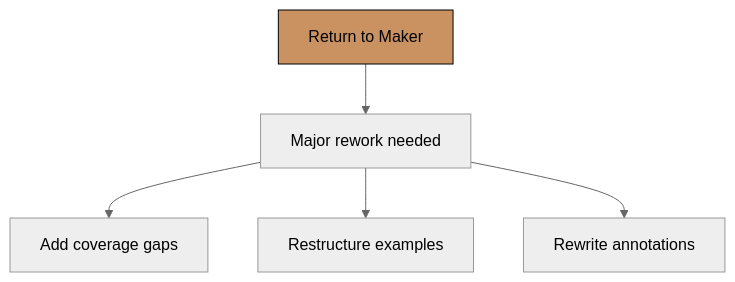
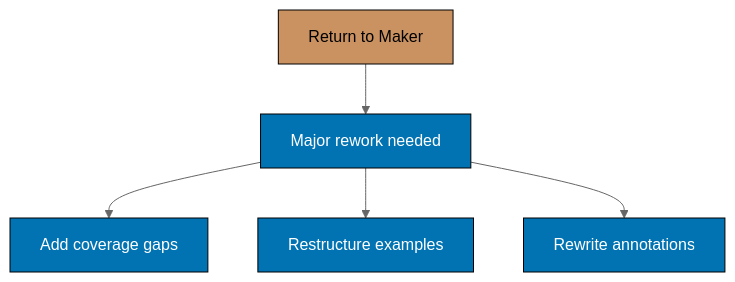
Before and after one commit to wahidyankf/ose-public: the second of 2 diagrams in repo-governance/workflows/ayokoding-web/ayokoding-web-swe-by-example-quality-gate/003-user-review.md, drawn with Mermaid (neutral theme). The commit also changed other lines of this file and 220 other files, not shown here.

First line of the commit message:
docs: split mermaid labels to 20 graphemes and add palette defaults

````diff
--- a/repo-governance/workflows/ayokoding-web/ayokoding-web-swe-by-example-quality-gate/003-user-review.md
+++ b/repo-governance/workflows/ayokoding-web/ayokoding-web-swe-by-example-quality-gate/003-user-review.md
@@ -66,12 +67,13 @@
 ```mermaid
 graph TD
-    accTitle: 3. User Review (Manual Decision Point) (2)
+    accTitle: 3. User Review — Manual Decision Point (2)
     accDescr: Return to Maker leads to Major rework needed; Major rework needed leads to Add coverage gaps; Major rework needed leads to Restructure examples; Major rework needed leads to Rewrite annotations.
     C[Return to Maker] --> G[Major rework needed]
     G --> H[Add coverage gaps]
     G --> I[Restructure examples]
     G --> J[Rewrite annotations]
 
     classDef brown fill:#CA9161,stroke:#000000,color:#000000
     class C brown
+    classDef default fill:#0173B2,stroke:#000000,color:#FFFFFF
 ```
````
